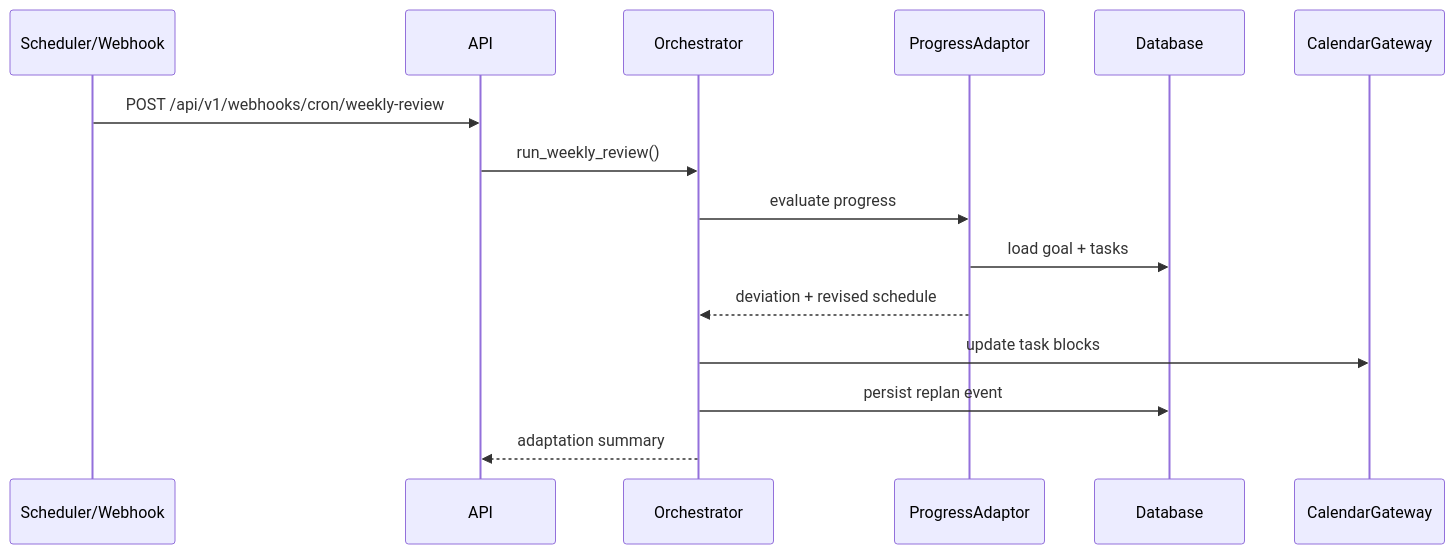
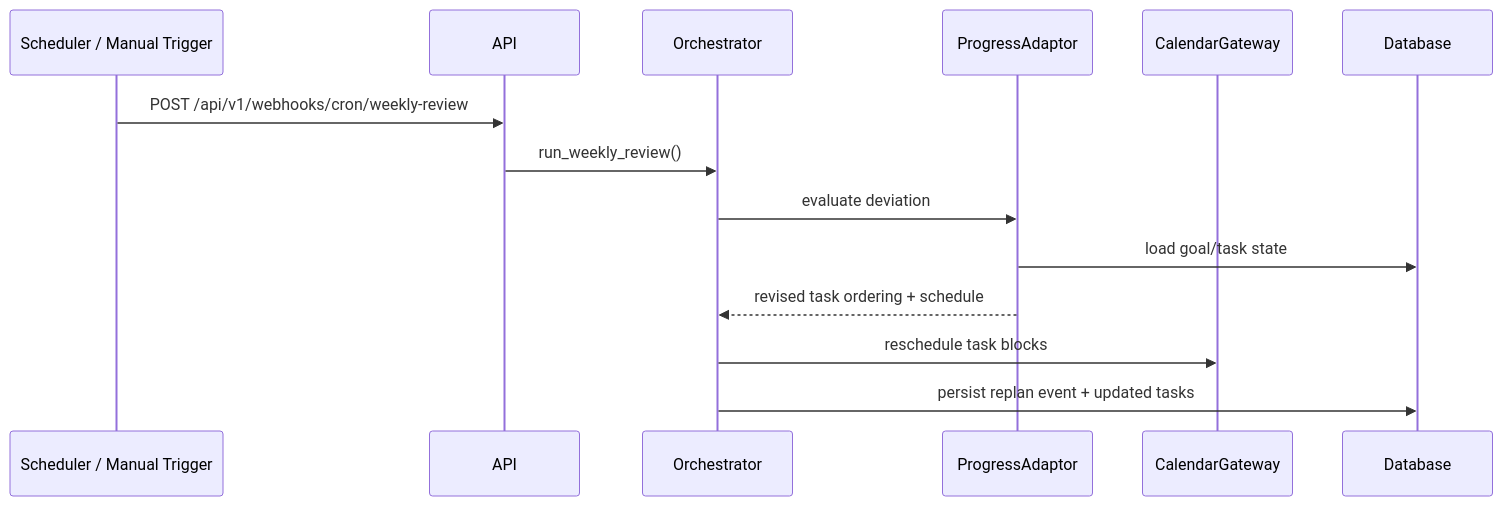
One commit to Devaraj-05/telova changed the fifth of 5 diagrams in docs/hld-lld.md. Above: the diagram before and after it, drawn with Mermaid. The commit also changed other lines of this file and 35 other files, not shown here.

First line of the commit message:
added initial database schema and integration with Google Workspace

````diff
--- a/docs/hld-lld.md
+++ b/docs/hld-lld.md
@@ -105,17 +151,16 @@
 ```mermaid
 sequenceDiagram
-    participant S as Scheduler/Webhook
+    participant S as Scheduler / Manual Trigger
     participant A as API
     participant O as Orchestrator
     participant P as ProgressAdaptor
+    participant C as CalendarGateway
     participant D as Database
-    participant C as CalendarGateway
     S->>A: POST /api/v1/webhooks/cron/weekly-review
     A->>O: run_weekly_review()
-    O->>P: evaluate progress
-    P->>D: load goal + tasks
-    P-->>O: deviation + revised schedule
-    O->>C: update task blocks
-    O->>D: persist replan event
-    O-->>A: adaptation summary
+    O->>P: evaluate deviation
+    P->>D: load goal/task state
+    P-->>O: revised task ordering + schedule
+    O->>C: reschedule task blocks
+    O->>D: persist replan event + updated tasks
 ```
````
